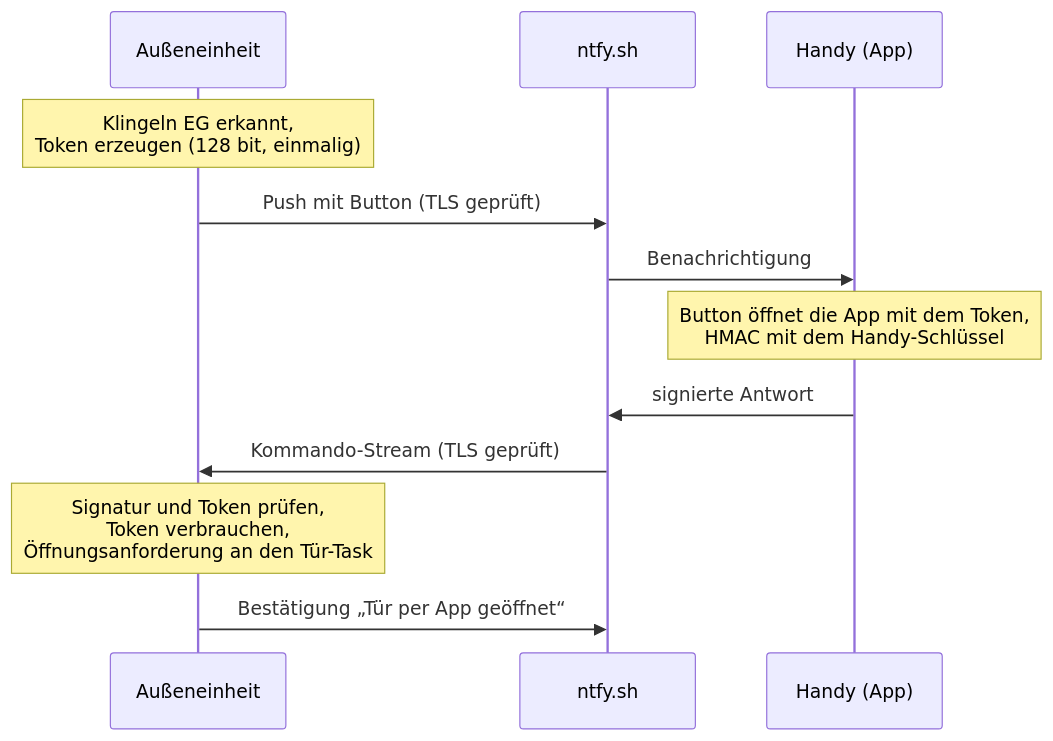
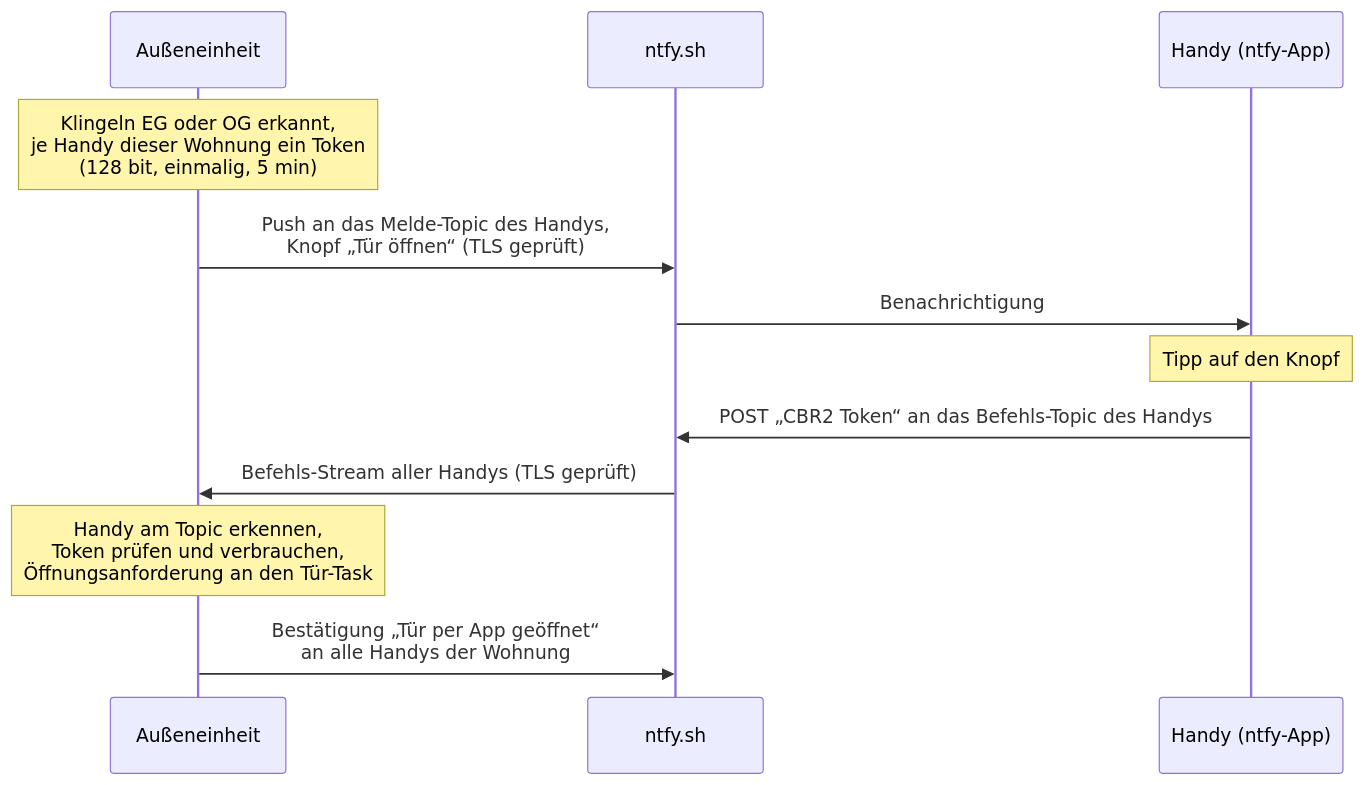
The fifth of 9 diagrams in docs/Softwarearchitektur_V0.2.md (akoerner-dev/ClearBell), drawn with Mermaid before and after one commit. The commit also changed other lines of this file and 19 other files, not shown here.

First line of the commit message:
R27 umgesetzt: Fern-Öffnen nur mit ntfy, beide Wohnungen, Ausfallmeldung

````diff
--- a/docs/Softwarearchitektur_V0.2.md
+++ b/docs/Softwarearchitektur_V0.2.md
@@ -429,14 +427,14 @@
 ```mermaid
 sequenceDiagram
     participant A as Außeneinheit
     participant N as ntfy.sh
-    participant H as Handy (App)
-    Note over A: Klingeln EG erkannt,<br/>Token erzeugen (128 bit, einmalig)
-    A->>N: Push mit Button (TLS geprüft)
+    participant H as Handy (ntfy-App)
+    Note over A: Klingeln EG oder OG erkannt,<br/>je Handy dieser Wohnung ein Token<br/>(128 bit, einmalig, 5 min)
+    A->>N: Push an das Melde-Topic des Handys,<br/>Knopf „Tür öffnen“ (TLS geprüft)
     N->>H: Benachrichtigung
-    Note over H: Button öffnet die App mit dem Token,<br/>HMAC mit dem Handy-Schlüssel
-    H->>N: signierte Antwort
-    N->>A: Kommando-Stream (TLS geprüft)
-    Note over A: Signatur und Token prüfen,<br/>Token verbrauchen,<br/>Öffnungsanforderung an den Tür-Task
-    A->>N: Bestätigung „Tür per App geöffnet“
+    Note over H: Tipp auf den Knopf
+    H->>N: POST „CBR2 Token“ an das Befehls-Topic des Handys
+    N->>A: Befehls-Stream aller Handys (TLS geprüft)
+    Note over A: Handy am Topic erkennen,<br/>Token prüfen und verbrauchen,<br/>Öffnungsanforderung an den Tür-Task
+    A->>N: Bestätigung „Tür per App geöffnet“<br/>an alle Handys der Wohnung
 ```
````
